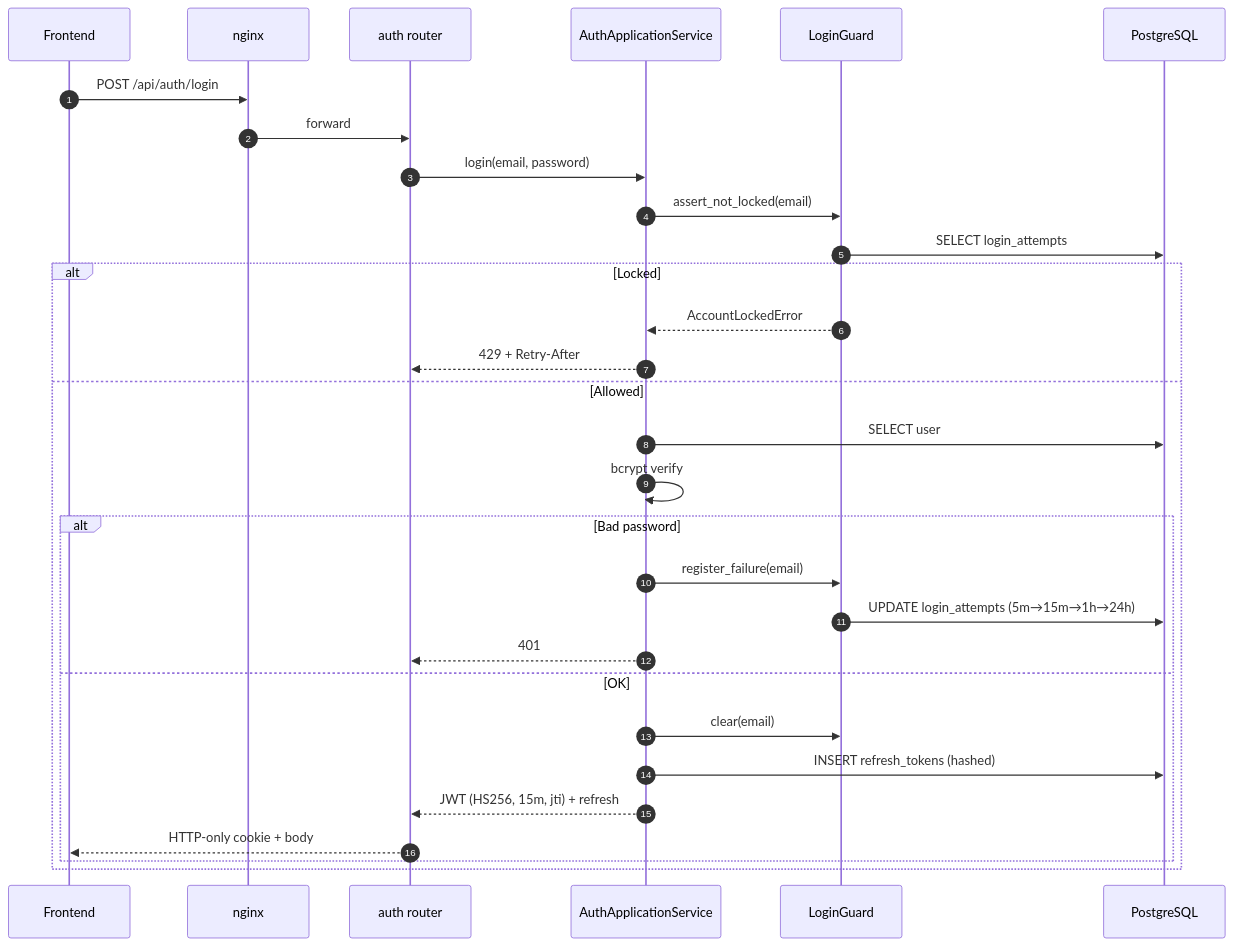
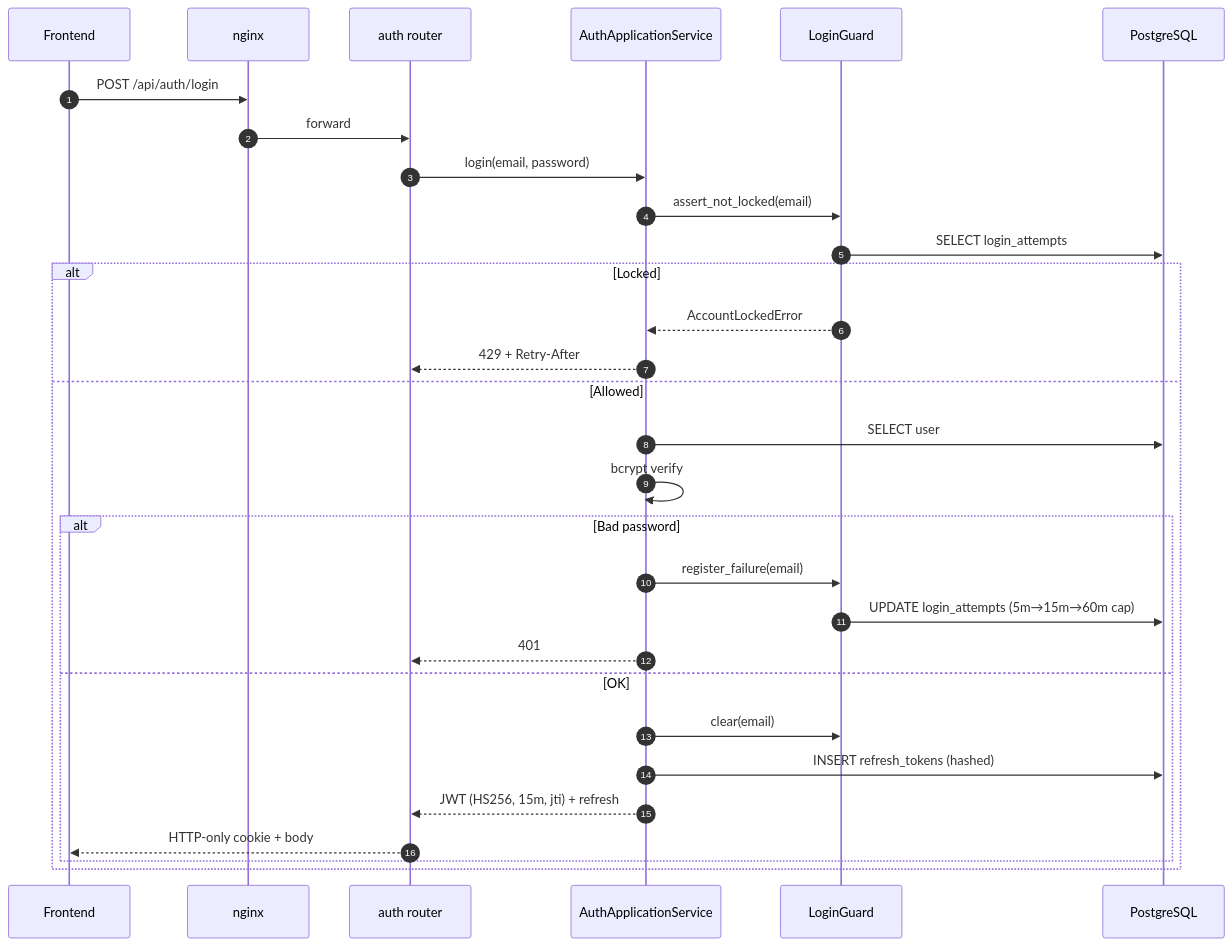
Before and after one commit to 2026-NTNU-Computer-Programming-II-POLS/Math-Defense: the ninth of 10 diagrams in ARCHITECTURE.md, drawn with Mermaid. The commit also changed other lines of this file and 1 other file, not shown here.

````diff
--- a/ARCHITECTURE.md
+++ b/ARCHITECTURE.md
@@ -742,33 +748,33 @@
 ```mermaid
 sequenceDiagram
     autonumber
     participant FE as Frontend
     participant N as nginx
     participant R as auth router
     participant App as AuthApplicationService
     participant LG as LoginGuard
     participant DB as PostgreSQL
 
     FE->>N: POST /api/auth/login
     N->>R: forward
     R->>App: login(email, password)
     App->>LG: assert_not_locked(email)
     LG->>DB: SELECT login_attempts
     alt Locked
         LG-->>App: AccountLockedError
         App-->>R: 429 + Retry-After
     else Allowed
         App->>DB: SELECT user
         App->>App: bcrypt verify
         alt Bad password
             App->>LG: register_failure(email)
-            LG->>DB: UPDATE login_attempts (5m→15m→1h→24h)
+            LG->>DB: UPDATE login_attempts (5m→15m→60m cap)
             App-->>R: 401
         else OK
             App->>LG: clear(email)
             App->>DB: INSERT refresh_tokens (hashed)
             App-->>R: JWT (HS256, 15m, jti) + refresh
             R-->>FE: HTTP-only cookie + body
         end
     end
 ```
````
